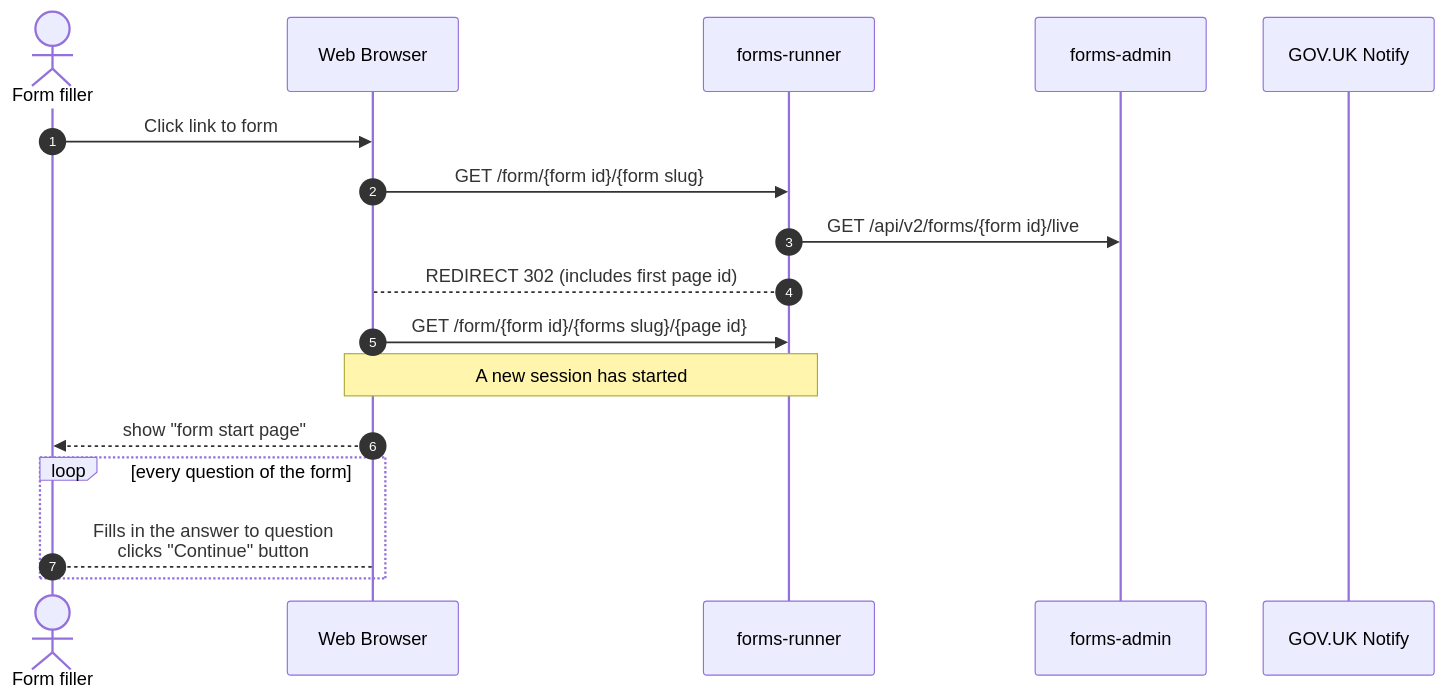
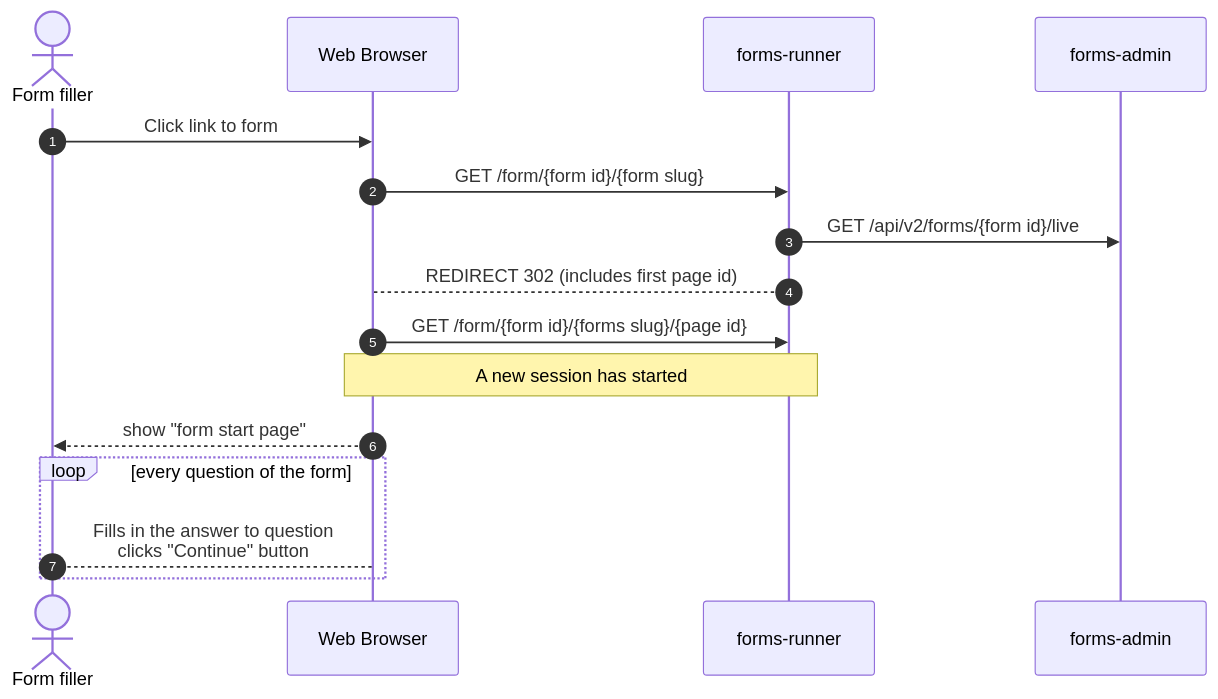
One commit to alphagov/forms changed the second of 2 diagrams in diagrams/sequence-diagrams/filling-in-a-form.md. Above: the diagram before and after it, drawn with Mermaid. The commit also changed other lines of this file and 3 other files, not shown here.

First line of the commit message:
Update sequence diagrams for sending submission emails

````diff
--- a/diagrams/sequence-diagrams/filling-in-a-form.md
+++ b/diagrams/sequence-diagrams/filling-in-a-form.md
@@ -57,20 +56,19 @@
 ```mermaid 
 sequenceDiagram
   %%{init:{"sequence": { "showSequenceNumbers": true }}}%%
   actor user as Form filler
   participant browser as Web Browser
   participant runner as forms-runner
   participant admin as forms-admin
-  participant notify as GOV.UK Notify
 
   user->>browser: Click link to form
   browser->>runner: GET /form/{form id}/{form slug}
   runner->>admin: GET /api/v2/forms/{form id}/live
   runner-->browser: REDIRECT 302 (includes first page id)
   browser->>runner: GET /form/{form id}/{forms slug}/{page id}
   Note over browser,runner: A new session has started 
   browser-->>user: show "form start page"
   loop every question of the form
     user-->browser: Fills in the answer to question<br>clicks "Continue" button
   end
 ```
````
